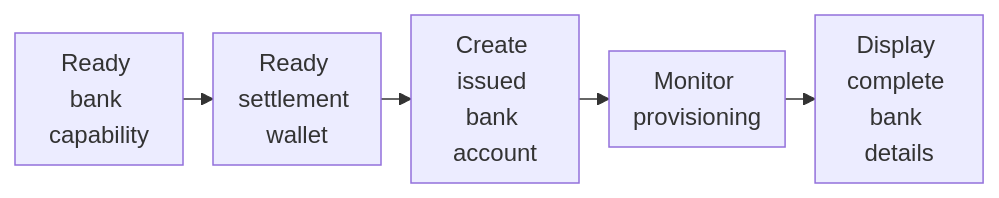
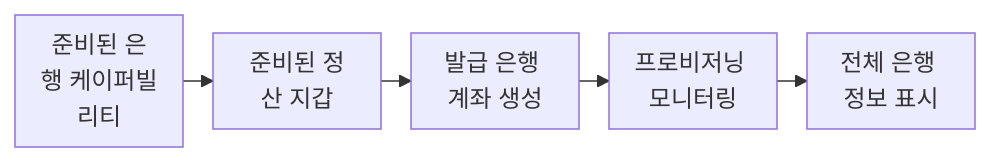
The diagram in ko/integration/issue-bank-account.mdx (swipelux/public-docs), drawn with Mermaid before and after one commit. The commit also changed other lines of this file and 285 other files, not shown here.

````diff
--- a/ko/integration/issue-bank-account.mdx
+++ b/ko/integration/issue-bank-account.mdx
@@ -8,8 +8,8 @@
 ```mermaid
 %%{init: {"flowchart": {"rankSpacing": 20, "nodeSpacing": 16, "wrappingWidth": 80, "padding": 8}}}%%
 flowchart LR
-  A["Ready bank capability"] --> B["Ready settlement wallet"]
-  B --> C["Create issued bank account"]
-  C --> D["Monitor provisioning"]
-  D --> E["Display complete bank details"]
+  A["준비된 은행 케이퍼빌리티"] --> B["준비된 정산 지갑"]
+  B --> C["발급 은행 계좌 생성"]
+  C --> D["프로비저닝 모니터링"]
+  D --> E["전체 은행 정보 표시"]
 ```
````
